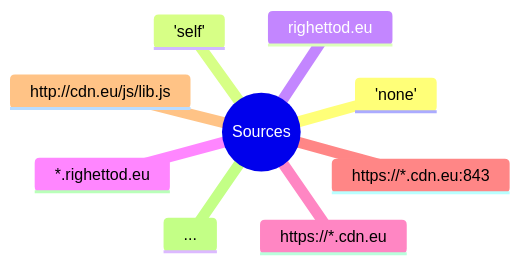
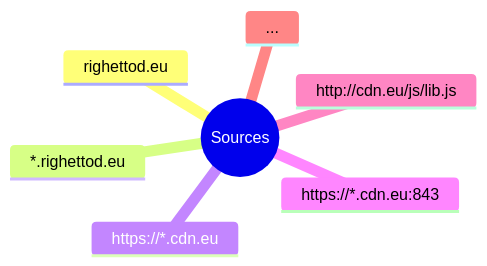
The third of 4 diagrams in presentation-schemas.md (righettod/voxxeddays-lux-2024), drawn with Mermaid before and after one commit. The commit also changed other lines of this file and 3 other files, not shown here.

````diff
--- a/presentation-schemas.md
+++ b/presentation-schemas.md
@@ -47,12 +47,10 @@
 ```mermaid
 mindmap
   root((Sources))
-    'none'
-    'self'
     righettod.eu
     *.righettod.eu
     https://*.cdn.eu
     https://*.cdn.eu:843
     http://cdn.eu/js/lib.js
     ...
 ```
````
